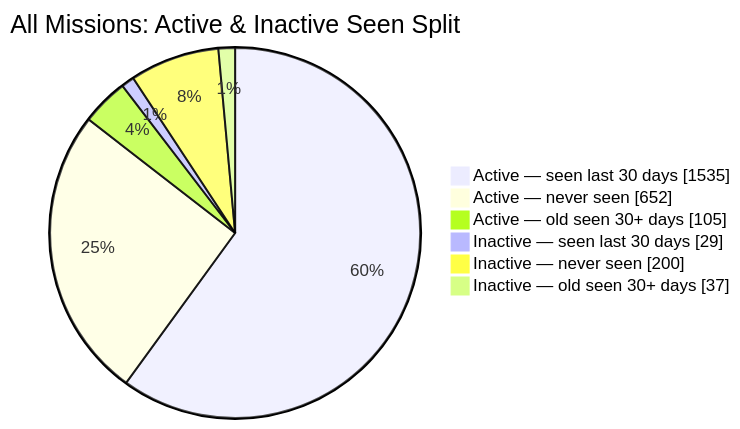
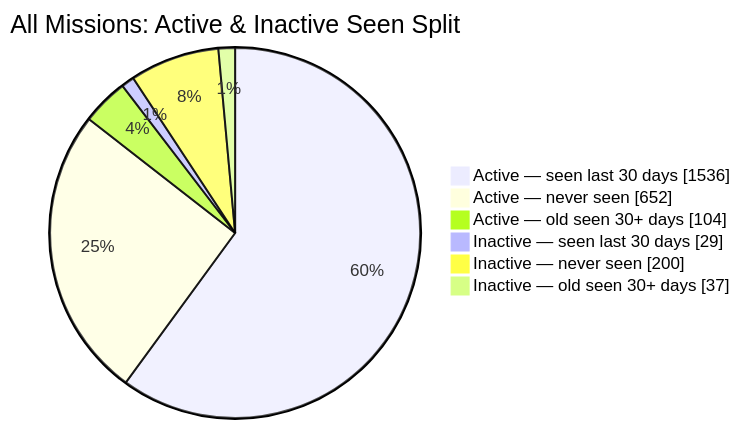
One commit to MeldkamerspelGameTeam/active-missions changed the second of 2 diagrams in README.md. Above: the diagram before and after it, drawn with Mermaid. The commit also changed other lines of this file and 2 other files, not shown here.

````diff
--- a/README.md
+++ b/README.md
@@ -44,10 +44,10 @@
 ```mermaid
 pie showData
     title All Missions: Active & Inactive Seen Split
-    "Active — seen last 30 days" : 1535
+    "Active — seen last 30 days" : 1536
     "Active — never seen" : 652
-    "Active — old seen 30+ days" : 105
+    "Active — old seen 30+ days" : 104
     "Inactive — seen last 30 days" : 29
     "Inactive — never seen" : 200
     "Inactive — old seen 30+ days" : 37
 ```
````
